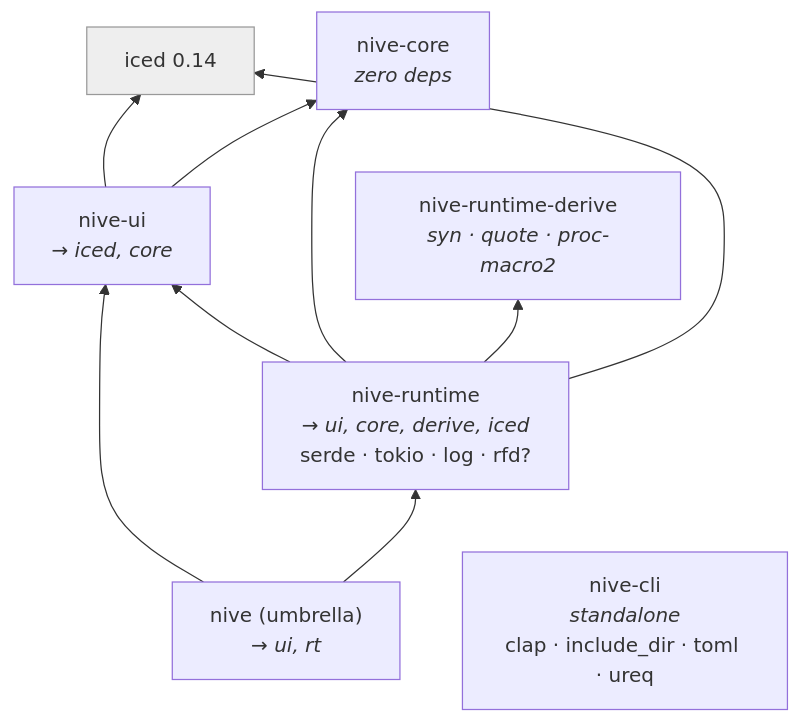
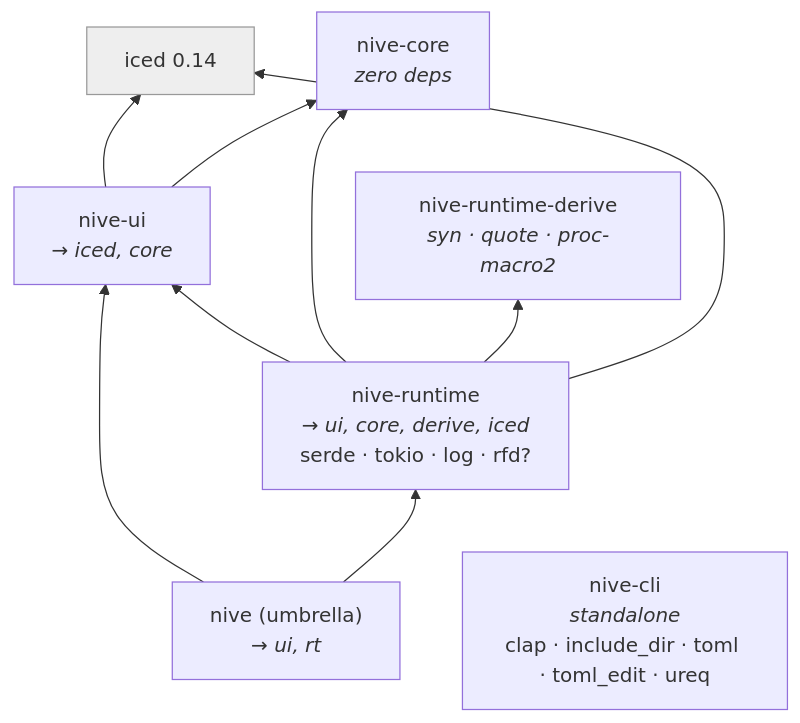
One commit to JirlanSouza/nive changed the second of 2 diagrams in docs/architecture/containers.md. Above: the diagram before and after it, drawn with Mermaid. The commit also changed other lines of this file and 15 other files, not shown here.

````diff
--- a/docs/architecture/containers.md
+++ b/docs/architecture/containers.md
@@ -50,22 +51,22 @@
 ```mermaid
 flowchart BT
     iced["iced 0.14"]
     derive["nive-runtime-derive<br/><i>syn · quote · proc-macro2</i>"]
     core["nive-core<br/><i>zero deps</i>"]
     ui["nive-ui<br/><i>→ iced, core</i>"]
     rt["nive-runtime<br/><i>→ ui, core, derive, iced</i><br/>serde · tokio · log · rfd?"]
     umbrella["nive (umbrella)<br/><i>→ ui, rt</i>"]
-    cli["nive-cli<br/><i>standalone</i><br/>clap · include_dir · toml · ureq"]
+    cli["nive-cli<br/><i>standalone</i><br/>clap · include_dir · toml · toml_edit · ureq"]
 
     ui --> iced
     ui --> core
     rt --> ui
     rt --> core
     rt --> derive
     rt --> iced
     umbrella --> ui
     umbrella --> rt
 
     classDef ext fill:#eee,stroke:#999,color:#333;
     class iced ext;
 ```
````
